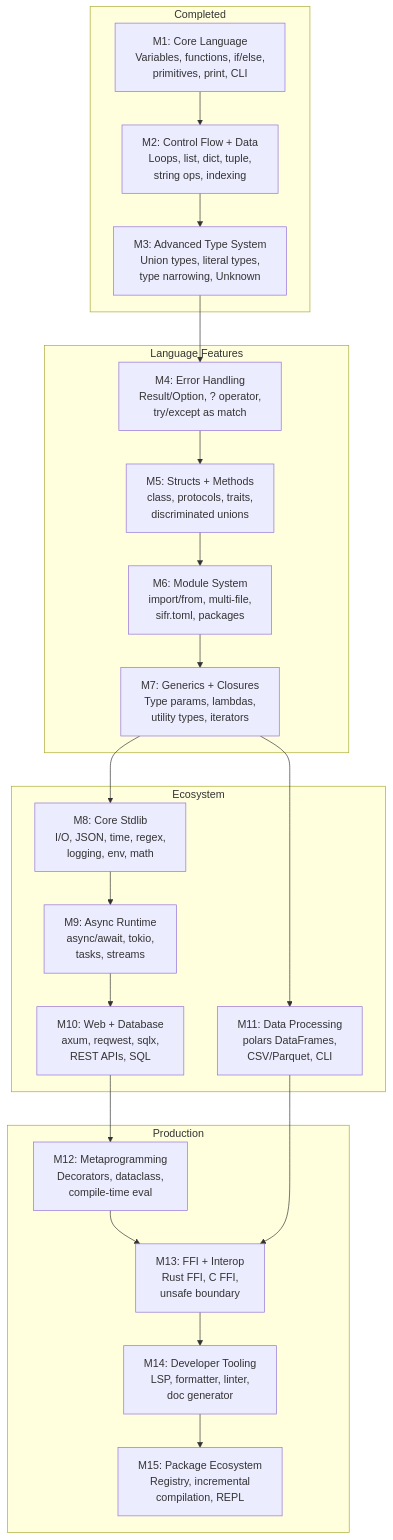
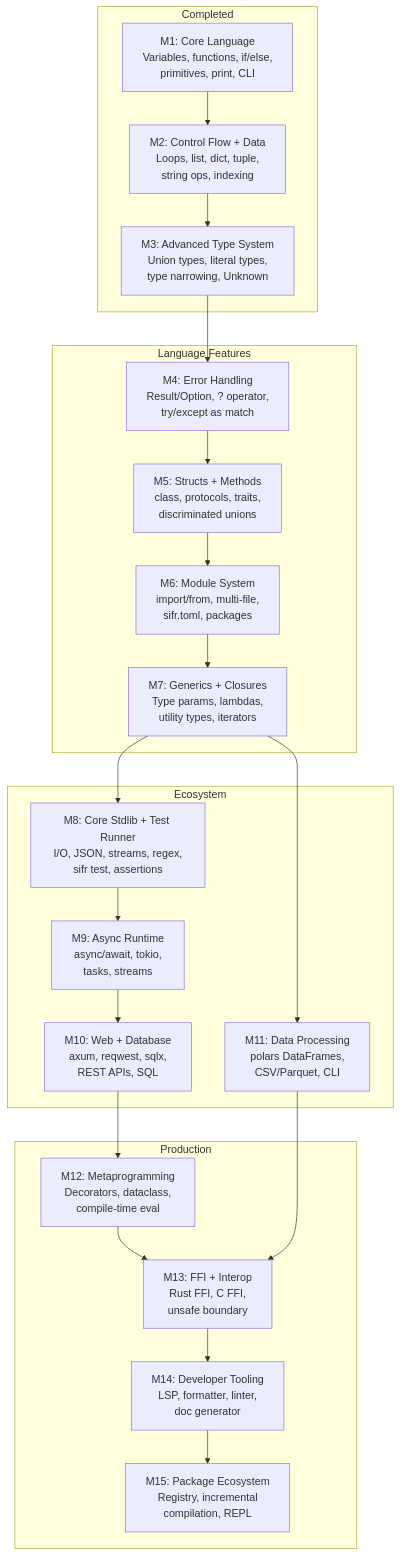
The second of 2 diagrams in .cursor/plans/sifr_compiler_architecture_fa3c10ee.plan.md (sifr-lang/sifr), drawn with Mermaid before and after one commit. The commit also changed other lines of this file, not shown here.

````diff
--- a/.cursor/plans/sifr_compiler_architecture_fa3c10ee.plan.md
+++ b/.cursor/plans/sifr_compiler_architecture_fa3c10ee.plan.md
@@ -92,32 +92,32 @@
 ```mermaid
 flowchart TD
     subgraph done [Completed]
         M1["M1: Core Language\nVariables, functions, if/else,\nprimitives, print, CLI"]
         M2["M2: Control Flow + Data\nLoops, list, dict, tuple,\nstring ops, indexing"]
         M3["M3: Advanced Type System\nUnion types, literal types,\ntype narrowing, Unknown"]
     end
     subgraph lang [Language Features]
         M4["M4: Error Handling\nResult/Option, ? operator,\ntry/except as match"]
         M5["M5: Structs + Methods\nclass, protocols, traits,\ndiscriminated unions"]
         M6["M6: Module System\nimport/from, multi-file,\nsifr.toml, packages"]
         M7["M7: Generics + Closures\nType params, lambdas,\nutility types, iterators"]
     end
     subgraph ecosystem [Ecosystem]
-        M8["M8: Core Stdlib\nI/O, JSON, time, regex,\nlogging, env, math"]
+        M8["M8: Core Stdlib + Test Runner\nI/O, JSON, streams, regex,\nsifr test, assertions"]
         M9["M9: Async Runtime\nasync/await, tokio,\ntasks, streams"]
         M10["M10: Web + Database\naxum, reqwest, sqlx,\nREST APIs, SQL"]
         M11["M11: Data Processing\npolars DataFrames,\nCSV/Parquet, CLI"]
     end
     subgraph prod [Production]
         M12["M12: Metaprogramming\nDecorators, dataclass,\ncompile-time eval"]
         M13["M13: FFI + Interop\nRust FFI, C FFI,\nunsafe boundary"]
         M14["M14: Developer Tooling\nLSP, formatter, linter,\ndoc generator"]
         M15["M15: Package Ecosystem\nRegistry, incremental\ncompilation, REPL"]
     end
     M1 --> M2 --> M3 --> M4 --> M5 --> M6 --> M7
     M7 --> M8 --> M9 --> M10
     M7 --> M11
     M10 --> M12 --> M13
     M11 --> M13
     M13 --> M14 --> M15
 ```
````
